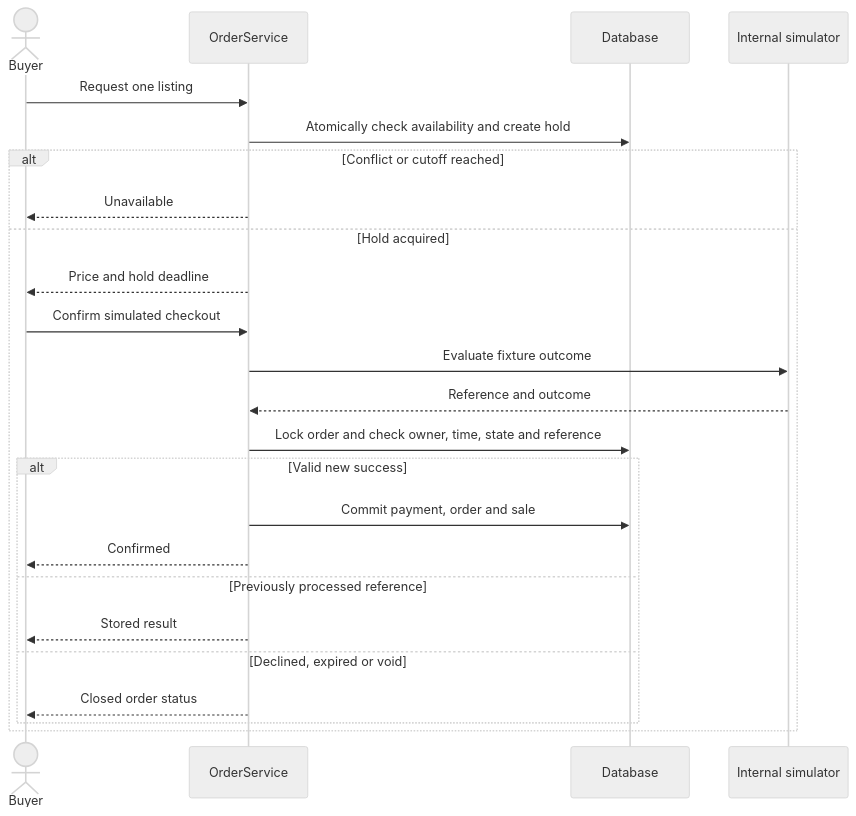
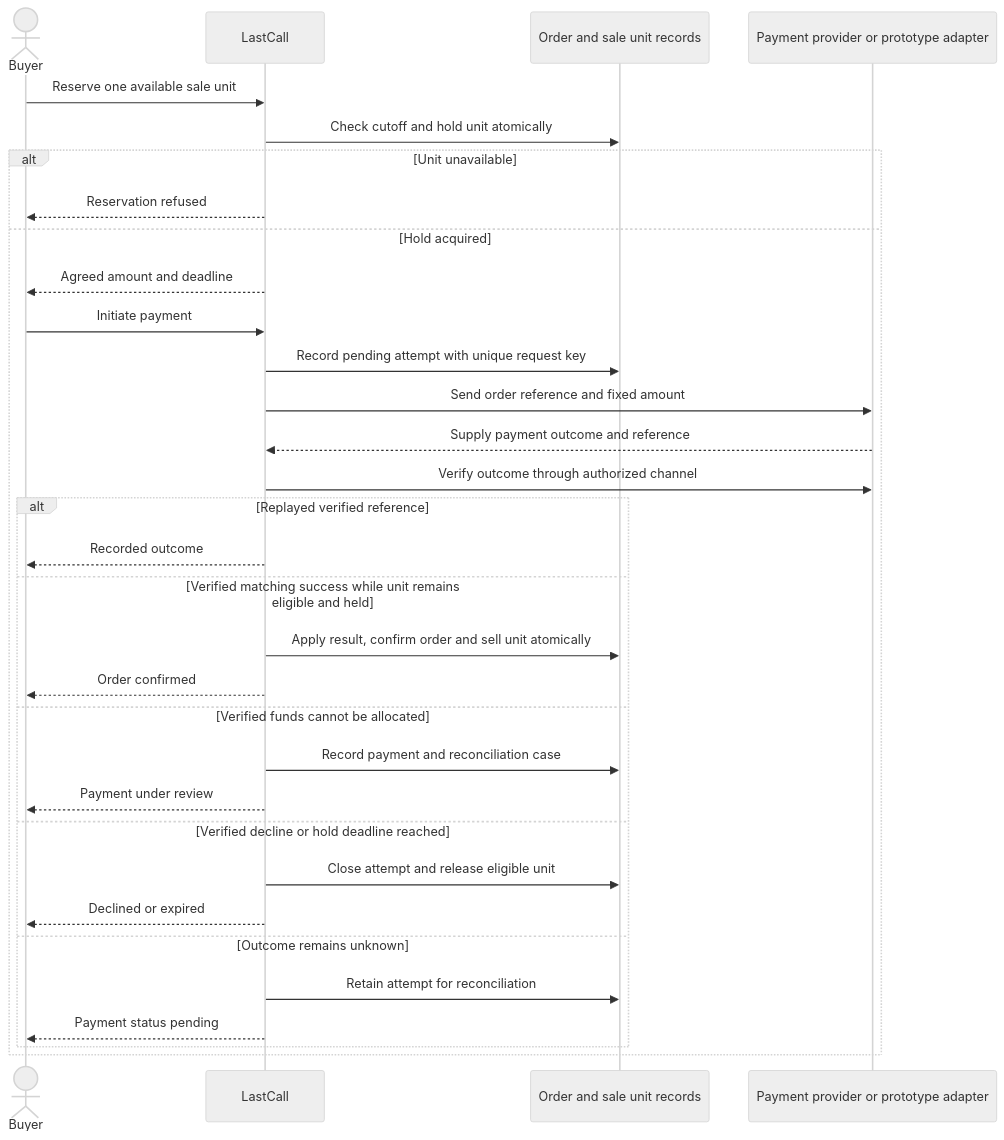
The eighth of 15 diagrams in docs/05-srs/SRS.md (aunabil-abtahi/lastcall-sad), drawn with Mermaid (neutral theme) before and after one commit. The commit also changed other lines of this file, not shown here.

Commit message:
docs: revise LastCall marketplace requirements

````diff
--- a/docs/05-srs/SRS.md
+++ b/docs/05-srs/SRS.md
@@ -490,26 +832,34 @@
 ```mermaid
 sequenceDiagram
  actor Buyer
- participant App as OrderService
- participant DB as Database
- participant Sim as Internal simulator
- Buyer->>App: Request one listing
- App->>DB: Atomically check availability and create hold
- alt Conflict or cutoff reached
- App-->>Buyer: Unavailable
+ participant LC as LastCall
+ participant DB as Order and sale unit records
+ participant Provider as Payment provider or prototype adapter
+ Buyer->>LC: Reserve one available sale unit
+ LC->>DB: Check cutoff and hold unit atomically
+ alt Unit unavailable
+ LC-->>Buyer: Reservation refused
  else Hold acquired
- App-->>Buyer: Price and hold deadline
- Buyer->>App: Confirm simulated checkout
- App->>Sim: Evaluate fixture outcome
- Sim-->>App: Reference and outcome
- App->>DB: Lock order and check owner, time, state and reference
- alt Valid new success
- App->>DB: Commit payment, order and sale
- App-->>Buyer: Confirmed
- else Previously processed reference
- App-->>Buyer: Stored result
- else Declined, expired or void
- App-->>Buyer: Closed order status
+ LC-->>Buyer: Agreed amount and deadline
+ Buyer->>LC: Initiate payment
+ LC->>DB: Record pending attempt with unique request key
+ LC->>Provider: Send order reference and fixed amount
+ Provider-->>LC: Supply payment outcome and reference
+ LC->>Provider: Verify outcome through authorized channel
+ alt Replayed verified reference
+ LC-->>Buyer: Recorded outcome
+ else Verified matching success while unit remains eligible and held
+ LC->>DB: Apply result, confirm order and sell unit atomically
+ LC-->>Buyer: Order confirmed
+ else Verified funds cannot be allocated
+ LC->>DB: Record payment and reconciliation case
+ LC-->>Buyer: Payment under review
+ else Verified decline or hold deadline reached
+ LC->>DB: Close attempt and release eligible unit
+ LC-->>Buyer: Declined or expired
+ else Outcome remains unknown
+ LC->>DB: Retain attempt for reconciliation
+ LC-->>Buyer: Payment status pending
  end
  end
 ```
````
